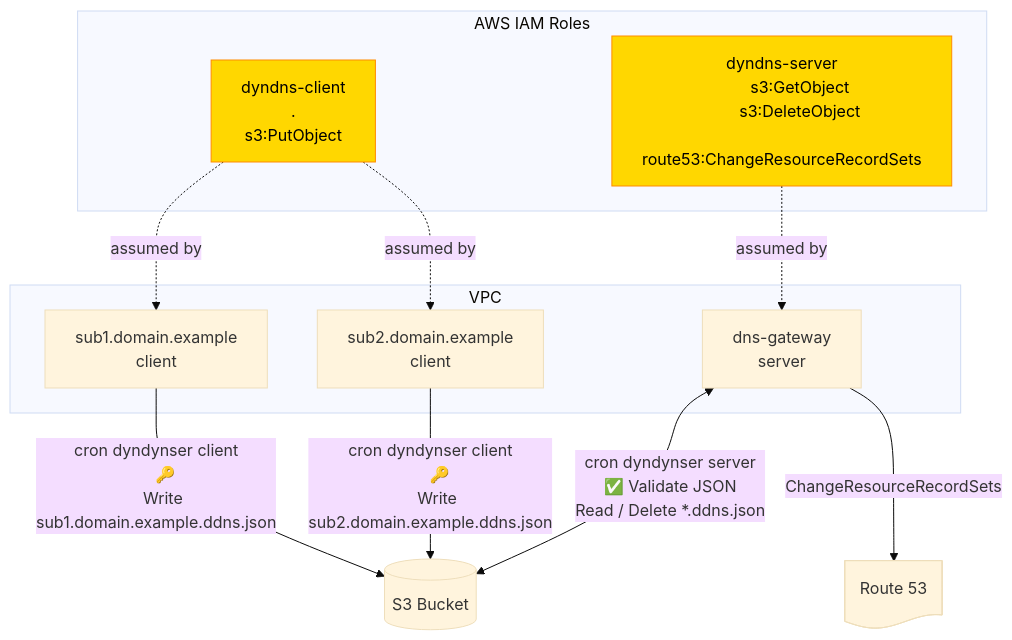
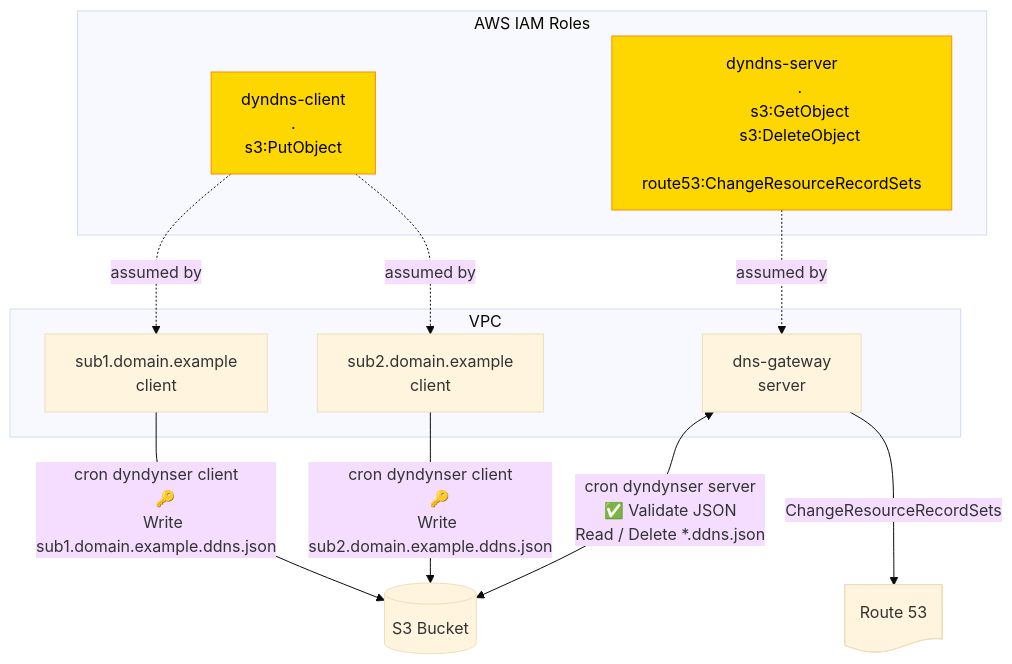
The diagram in README.md (0xNF/dyndynser), drawn with Mermaid (base theme) before and after one commit. The commit also changed other lines of this file, not shown here.

`````diff
--- a/README.md
+++ b/README.md
@@ -8,45 +18,46 @@
 ````mermaid
 graph TD
     subgraph IAM["AWS IAM Roles"]
         iamClient["dyndns-client
         .
         s3:PutObject"]:::iamRole
         iamServer["dyndns-server
+        .
         s3:GetObject
         s3:DeleteObject
         route53:ChangeResourceRecordSets"]:::iamRole
     end
 
     subgraph VPC
         sub1["sub1.domain.example
         client"]
         sub2["sub2.domain.example
         client"]
         dns["dns-gateway
         server"]
     end
 
     s3@{label: "S3 Bucket", shape: cylinder}
     r53@{label: "Route 53", shape: doc}
 
     classDef iamRole fill:#FFD700,stroke:#FF8C00,color:#000
 
     iamClient -. assumed by .-> sub1
     iamClient -. assumed by .-> sub2
     iamServer -. assumed by .-> dns
 
     sub1 -->|"cron dyndynser client
     🔑
     Write sub1.domain.example.ddns.json"| s3
 
     sub2 -->|"cron dyndynser client
     🔑
     Write sub2.domain.example.ddns.json"| s3
 
     dns <-->|"cron dyndynser server
     ✅ Validate JSON
     Read / Delete *.ddns.json"| s3
 
     dns -->|"ChangeResourceRecordSets"| r53
 
 ````
`````
